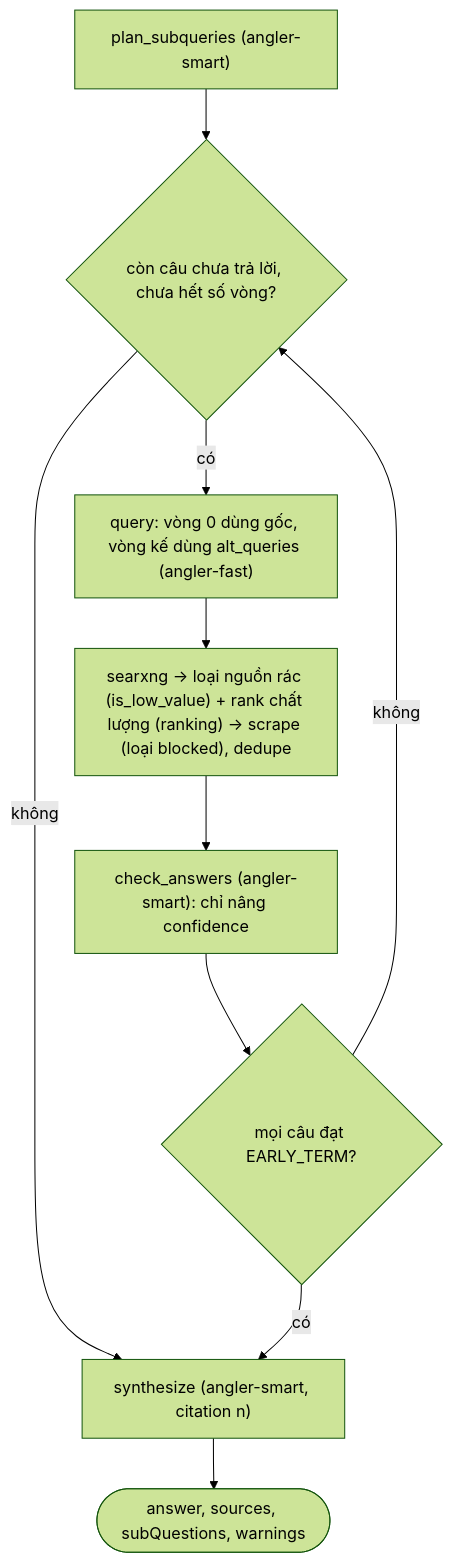
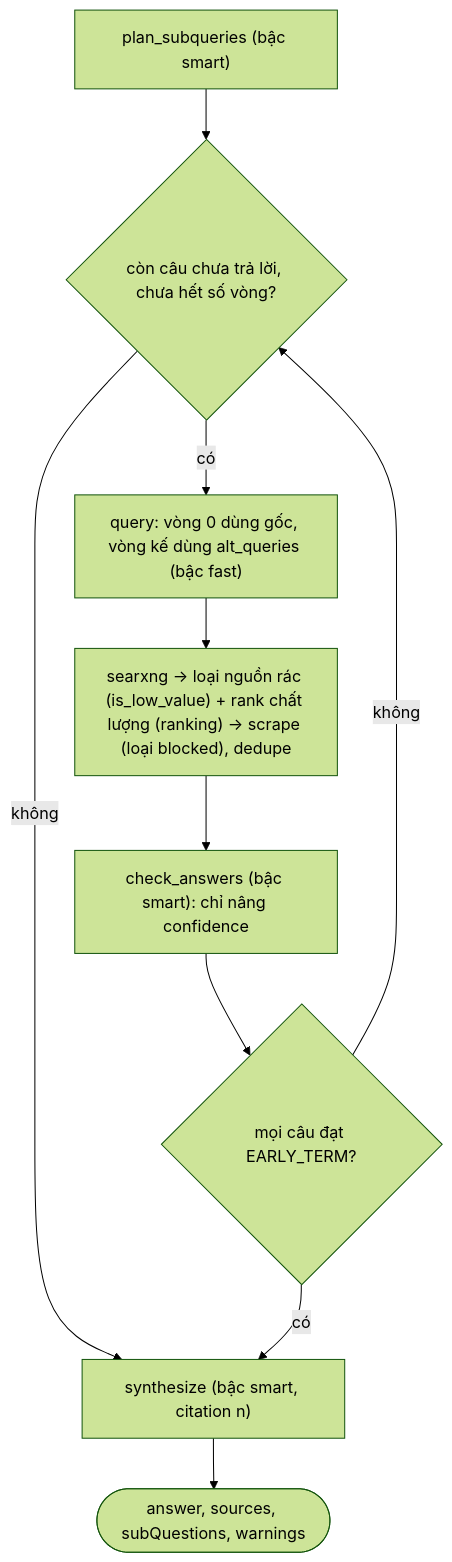
The third of 6 diagrams in docs/THIET-KE-KY-THUAT.md (tetravn/angler-crawl), drawn with Mermaid (forest theme) before and after one commit. The commit also changed other lines of this file and 17 other files, not shown here.

````diff
--- a/docs/THIET-KE-KY-THUAT.md
+++ b/docs/THIET-KE-KY-THUAT.md
@@ -366,12 +370,12 @@
 ```mermaid
 flowchart TD
-  P["plan_subqueries (angler-smart)"] --> L{"còn câu chưa trả lời, chưa hết số vòng?"}
-  L -->|"không"| SY["synthesize (angler-smart, citation n)"]
-  L -->|"có"| Q["query: vòng 0 dùng gốc, vòng kế dùng alt_queries (angler-fast)"]
+  P["plan_subqueries (bậc smart)"] --> L{"còn câu chưa trả lời, chưa hết số vòng?"}
+  L -->|"không"| SY["synthesize (bậc smart, citation n)"]
+  L -->|"có"| Q["query: vòng 0 dùng gốc, vòng kế dùng alt_queries (bậc fast)"]
   Q --> SE["searxng → loại nguồn rác (is_low_value) + rank chất lượng (ranking) → scrape (loại blocked), dedupe"]
-  SE --> CK["check_answers (angler-smart): chỉ nâng confidence"]
+  SE --> CK["check_answers (bậc smart): chỉ nâng confidence"]
   CK --> ET{"mọi câu đạt EARLY_TERM?"}
   ET -->|"có"| SY
   ET -->|"không"| L
   SY --> O(["answer, sources, subQuestions, warnings"])
 ```
````
